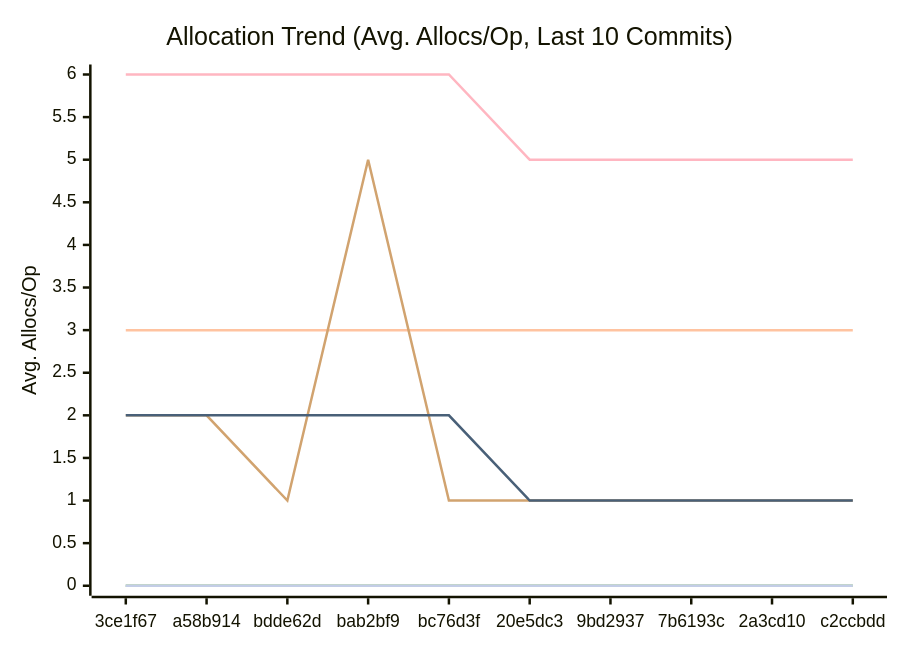
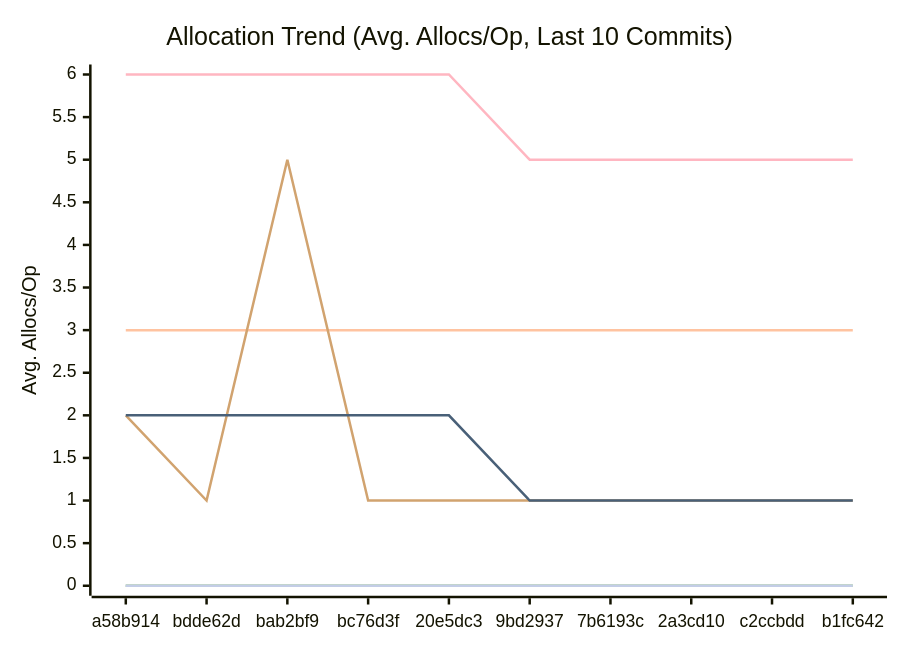
One commit to alsotoes/momo changed the third of 3 diagrams in docs/PERFORMANCE.md. Above: the diagram before and after it, drawn with Mermaid. The commit also changed other lines of this file and 2 other files, not shown here.

````diff
--- a/docs/PERFORMANCE.md
+++ b/docs/PERFORMANCE.md
@@ -114,16 +114,16 @@
 ```mermaid
 xychart-beta
     title "Allocation Trend (Avg. Allocs/Op, Last 10 Commits)"
     x-axis "Commit"
     y-axis "Avg. Allocs/Op"
-    x-axis [3ce1f67,a58b914,bdde62d,bab2bf9,bc76d3f,20e5dc3,9bd2937,7b6193c,2a3cd10,c2ccbdd]
+    x-axis [a58b914,bdde62d,bab2bf9,bc76d3f,20e5dc3,9bd2937,7b6193c,2a3cd10,c2ccbdd,b1fc642]
     line "CheckMetricsAndSwap" [0,0,0,0,0,0,0,0,0,0]
     line "CrushOptimized" [0,0,0,0,0,0,0,0,0,0]
     line "CrushOriginal" [3,3,3,3,3,3,3,3,3,3]
     line "IndexDirectTracking" [0,0,0,0,0,0,0,0,0,0]
     line "IndexSearch" [0,0,0,0,0,0,0,0,0,0]
-    line "LoadGlobalConfig" [2,2,1,5,1,1,1,1,1,1]
+    line "LoadGlobalConfig" [2,1,5,1,1,1,1,1,1,1]
     line "PadString" [0,0,0,0,0,0,0,0,0,0]
     line "ParseReplicationOrder_NoPrealloc" [6,6,6,6,6,5,5,5,5,5]
     line "ParseReplicationOrder_Prealloc" [2,2,2,2,2,1,1,1,1,1]
 ```
````
